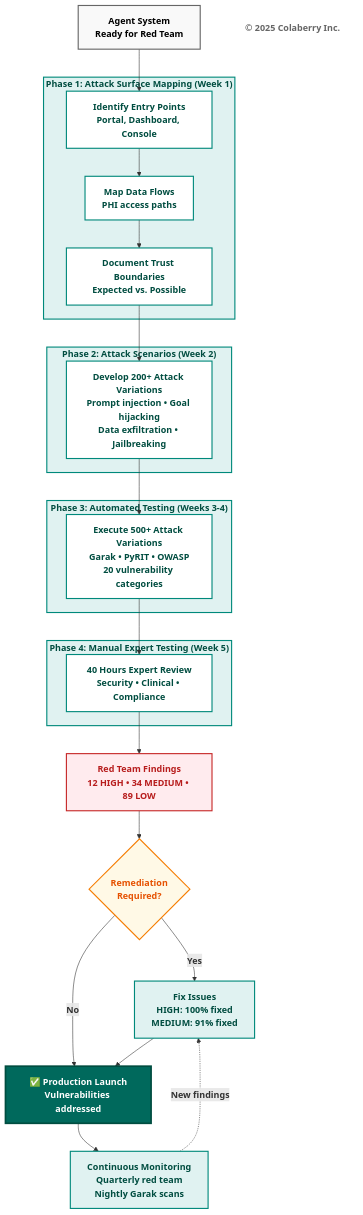
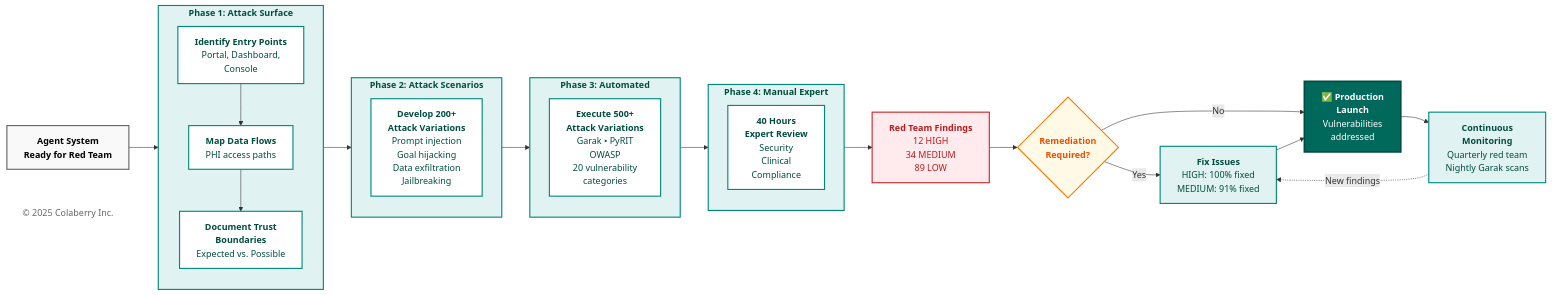
The tenth of 18 diagrams in chapter-01/chapter_1_complete.md (colaberry/enterprise-data-readiness-ai-agents), drawn with Mermaid before and after one commit. The commit also changed other lines of this file, not shown here.

First line of the commit message:
diagrams made efficient with space

````diff
--- a/chapter-01/chapter_1_complete.md
+++ b/chapter-01/chapter_1_complete.md
@@ -1569,67 +1560,67 @@
 ```mermaid
-graph TB
-    START["<b>Agent System</b><br/><b>Ready for Red Team</b>"]
+graph LR
+    START["<b>Agent System<br/>Ready for Red Team</b>"]
     
-    subgraph PHASE1["<b>Phase 1: Attack Surface Mapping (Week 1)</b>"]
-        P1A["<b>Identify Entry Points</b><br/><b>Portal, Dashboard, Console</b>"]
-        P1B["<b>Map Data Flows</b><br/><b>PHI access paths</b>"]
-        P1C["<b>Document Trust Boundaries</b><br/><b>Expected vs. Possible</b>"]
+    subgraph PHASE1["<b>Phase 1: Attack Surface</b>"]
+        direction TB
+        P1A["<b>Identify Entry Points</b><br/>Portal, Dashboard,<br/>Console"]
+        P1B["<b>Map Data Flows</b><br/>PHI access paths"]
+        P1C["<b>Document Trust<br/>Boundaries</b><br/>Expected vs. Possible"]
+        P1A --> P1B --> P1C
     end
     
-    subgraph PHASE2["<b>Phase 2: Attack Scenarios (Week 2)</b>"]
-        P2["<b>Develop 200+ Attack Variations</b><br/><b>Prompt injection • Goal hijacking</b><br/><b>Data exfiltration • Jailbreaking</b>"]
+    subgraph PHASE2["<b>Phase 2: Attack Scenarios</b>"]
+        P2["<b>Develop 200+<br/>Attack Variations</b><br/>Prompt injection<br/>Goal hijacking<br/>Data exfiltration<br/>Jailbreaking"]
     end
     
-    subgraph PHASE3["<b>Phase 3: Automated Testing (Weeks 3-4)</b>"]
-        P3["<b>Execute 500+ Attack Variations</b><br/><b>Garak • PyRIT • OWASP</b><br/><b>20 vulnerability categories</b>"]
+    subgraph PHASE3["<b>Phase 3: Automated</b>"]
+        P3["<b>Execute 500+<br/>Attack Variations</b><br/>Garak • PyRIT<br/>OWASP<br/>20 vulnerability<br/>categories"]
     end
     
-    subgraph PHASE4["<b>Phase 4: Manual Expert Testing (Week 5)</b>"]
-        P4["<b>40 Hours Expert Review</b><br/><b>Security • Clinical • Compliance</b>"]
+    subgraph PHASE4["<b>Phase 4: Manual Expert</b>"]
+        P4["<b>40 Hours<br/>Expert Review</b><br/>Security<br/>Clinical<br/>Compliance"]
     end
     
-    FINDINGS["<b>Red Team Findings</b><br/><b>12 HIGH • 34 MEDIUM • 89 LOW</b>"]
+    FINDINGS["<b>Red Team Findings</b><br/>12 HIGH<br/>34 MEDIUM<br/>89 LOW"]
     
     REMEDIATE{<b>Remediation<br/>Required?</b>}
     
-    FIX["<b>Fix Issues</b><br/><b>HIGH: 100% fixed</b><br/><b>MEDIUM: 91% fixed</b>"]
+    FIX["<b>Fix Issues</b><br/>HIGH: 100% fixed<br/>MEDIUM: 91% fixed"]
     
-    PRODUCTION["<b>✅ Production Launch</b><br/><b>Vulnerabilities addressed</b>"]
+    PRODUCTION["<b>✅ Production<br/>Launch</b><br/>Vulnerabilities<br/>addressed"]
     
-    MONITOR["<b>Continuous Monitoring</b><br/><b>Quarterly red team</b><br/><b>Nightly Garak scans</b>"]
+    MONITOR["<b>Continuous<br/>Monitoring</b><br/>Quarterly red team<br/>Nightly Garak scans"]
     
-    START --> P1A
-    P1A --> P1B
-    P1B --> P1C
-    P1C --> P2
-    P2 --> P3
-    P3 --> P4
-    P4 --> FINDINGS
+    START --> PHASE1
+    PHASE1 --> PHASE2
+    PHASE2 --> PHASE3
+    PHASE3 --> PHASE4
+    PHASE4 --> FINDINGS
     FINDINGS --> REMEDIATE
     
-    REMEDIATE -->|<b>Yes</b>| FIX
-    REMEDIATE -->|<b>No</b>| PRODUCTION
+    REMEDIATE -->|Yes| FIX
+    REMEDIATE -->|No| PRODUCTION
     FIX --> PRODUCTION
     PRODUCTION --> MONITOR
-    MONITOR -.->|<b>New findings</b>| FIX
+    MONITOR -.->|New findings| FIX
     
     style PHASE1 fill:#e0f2f1,stroke:#00897b,stroke-width:2px,color:#004d40
     style PHASE2 fill:#e0f2f1,stroke:#00897b,stroke-width:2px,color:#004d40
     style PHASE3 fill:#e0f2f1,stroke:#00897b,stroke-width:2px,color:#004d40
     style PHASE4 fill:#e0f2f1,stroke:#00897b,stroke-width:2px,color:#004d40
     style P1A fill:#ffffff,stroke:#00897b,stroke-width:2px,color:#004d40
     style P1B fill:#ffffff,stroke:#00897b,stroke-width:2px,color:#004d40
     style P1C fill:#ffffff,stroke:#00897b,stroke-width:2px,color:#004d40
     style P2 fill:#ffffff,stroke:#00897b,stroke-width:2px,color:#004d40
     style P3 fill:#ffffff,stroke:#00897b,stroke-width:2px,color:#004d40
     style P4 fill:#ffffff,stroke:#00897b,stroke-width:2px,color:#004d40
     style FINDINGS fill:#ffebee,stroke:#c62828,stroke-width:2px,color:#b71c1c
     style REMEDIATE fill:#fff9e6,stroke:#f57c00,stroke-width:2px,color:#e65100
     style FIX fill:#e0f2f1,stroke:#00897b,stroke-width:2px,color:#004d40
     style PRODUCTION fill:#00695c,color:#ffffff,stroke:#004d40,stroke-width:3px
     style MONITOR fill:#e0f2f1,stroke:#00897b,stroke-width:2px,color:#004d40
     style START fill:#f9f9f9,stroke:#666666,stroke-width:2px,color:#000000
     
-    Copyright["<b>© 2025 Colaberry Inc.</b>"]
+    Copyright["© 2025 Colaberry Inc."]
     style Copyright fill:#ffffff,stroke:none,color:#666666
 ```
````
